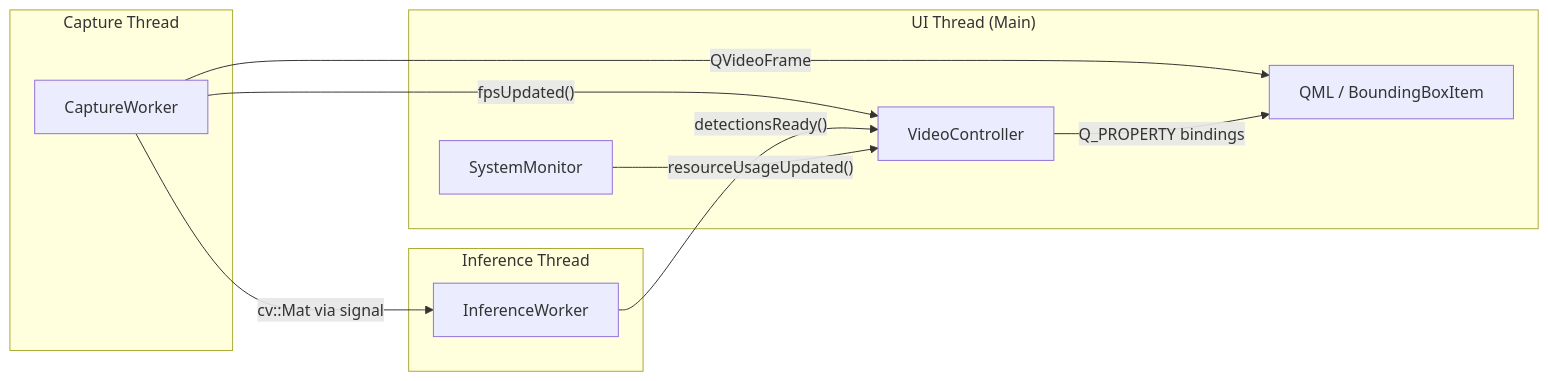
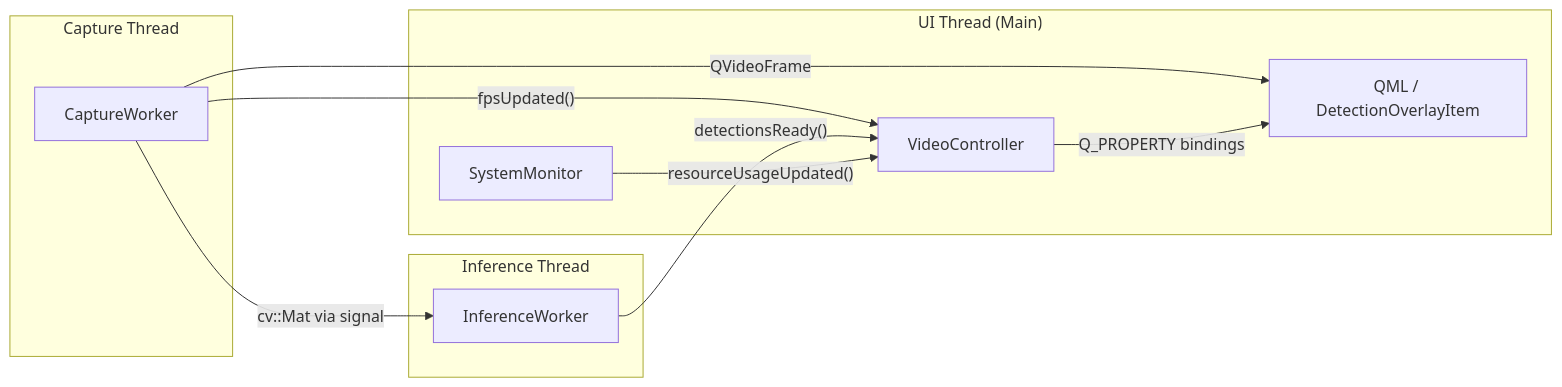
Before and after one commit to andhiyaulhaq/QtQML-YOLOApp: the first of 2 diagrams in docs/architecture_evaluation.md, drawn with Mermaid. The commit also changed other lines of this file and 9 other files, not shown here.

First line of the commit message:
refactor: rename BoundingBoxItem to DetectionOverlayItem

````diff
--- a/docs/architecture_evaluation.md
+++ b/docs/architecture_evaluation.md
@@ -7,21 +7,21 @@
 ```mermaid
 graph LR
     subgraph "Capture Thread"
         CAP["CaptureWorker"]
     end
     subgraph "Inference Thread"
         INF["InferenceWorker"]
     end
     subgraph "UI Thread (Main)"
         VC["VideoController"]
-        QML["QML / BoundingBoxItem"]
+        QML["QML / DetectionOverlayItem"]
         SM["SystemMonitor"]
     end
 
     CAP -- "cv::Mat via signal" --> INF
     CAP -- "QVideoFrame" --> QML
     CAP -- "fpsUpdated()" --> VC
     INF -- "detectionsReady()" --> VC
     VC -- "Q_PROPERTY bindings" --> QML
     SM -- "resourceUsageUpdated()" --> VC
 ```
````
